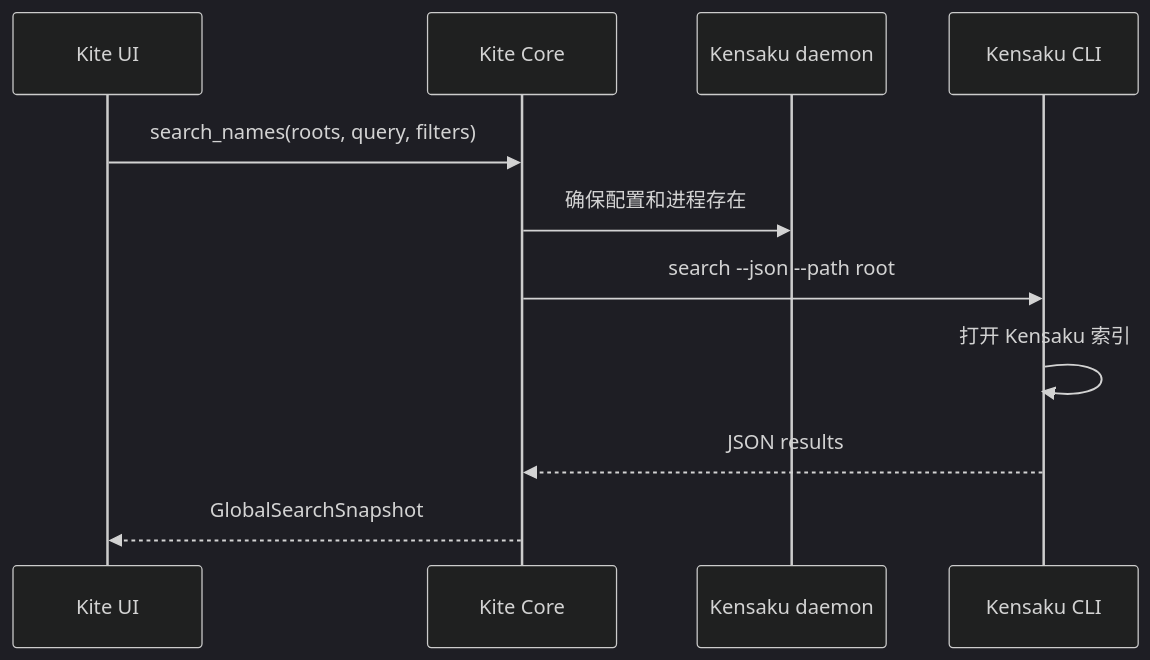
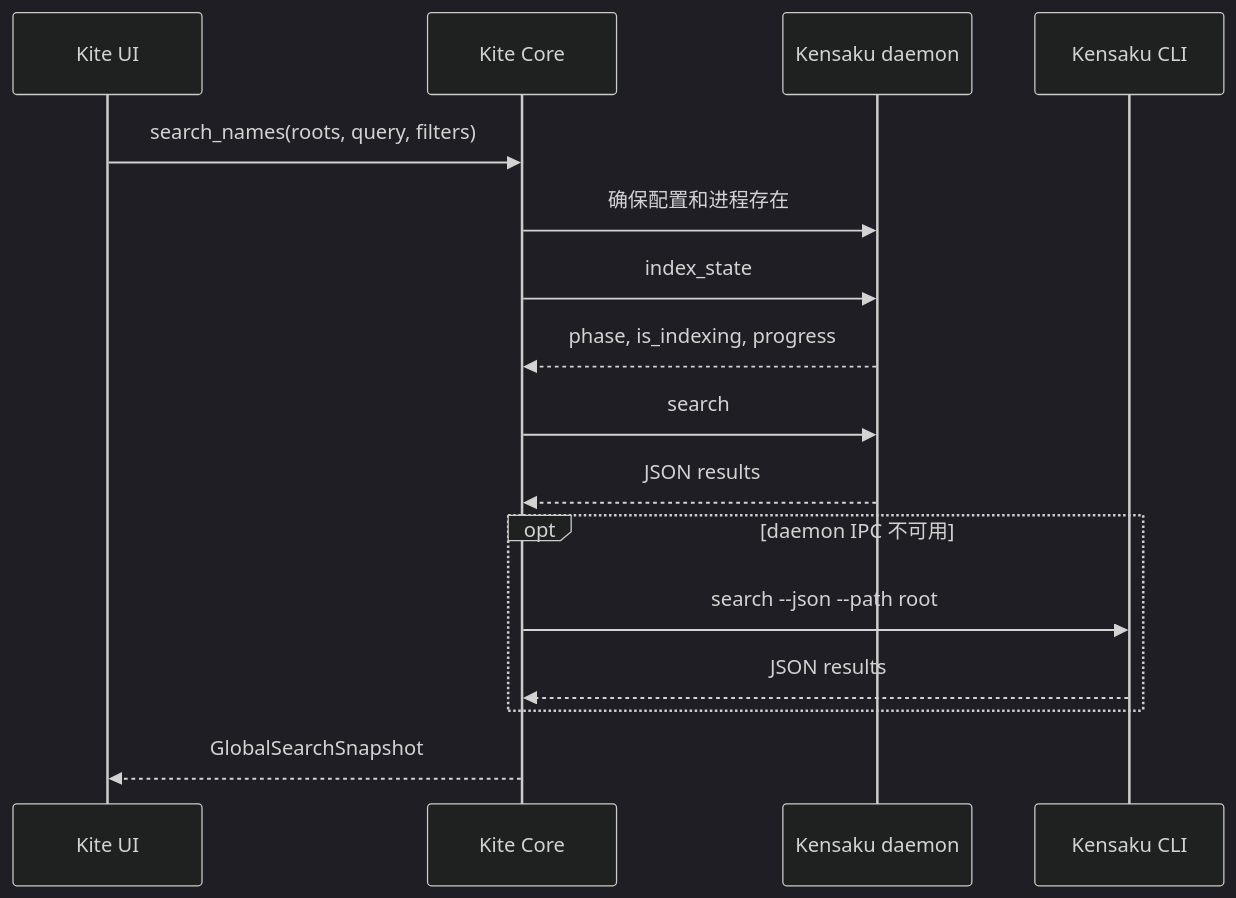
One commit to wyz541/kite changed the second of 2 diagrams in docs/architecture/content-search.md. Above: the diagram before and after it, drawn with Mermaid (dark theme). The commit also changed other lines of this file and 8 other files, not shown here.

Commit message:
fix: query Kensaku live index during startup

````diff
--- a/docs/architecture/content-search.md
+++ b/docs/architecture/content-search.md
@@ -46,13 +46,18 @@
 ```mermaid
 sequenceDiagram
     participant UI as Kite UI
     participant Core as Kite Core
     participant Daemon as Kensaku daemon
     participant CLI as Kensaku CLI
     UI->>Core: search_names(roots, query, filters)
     Core->>Daemon: 确保配置和进程存在
-    Core->>CLI: search --json --path root
-    CLI->>CLI: 打开 Kensaku 索引
-    CLI-->>Core: JSON results
+    Core->>Daemon: index_state
+    Daemon-->>Core: phase, is_indexing, progress
+    Core->>Daemon: search
+    Daemon-->>Core: JSON results
+    opt daemon IPC 不可用
+        Core->>CLI: search --json --path root
+        CLI-->>Core: JSON results
+    end
     Core-->>UI: GlobalSearchSnapshot
 ```
````
